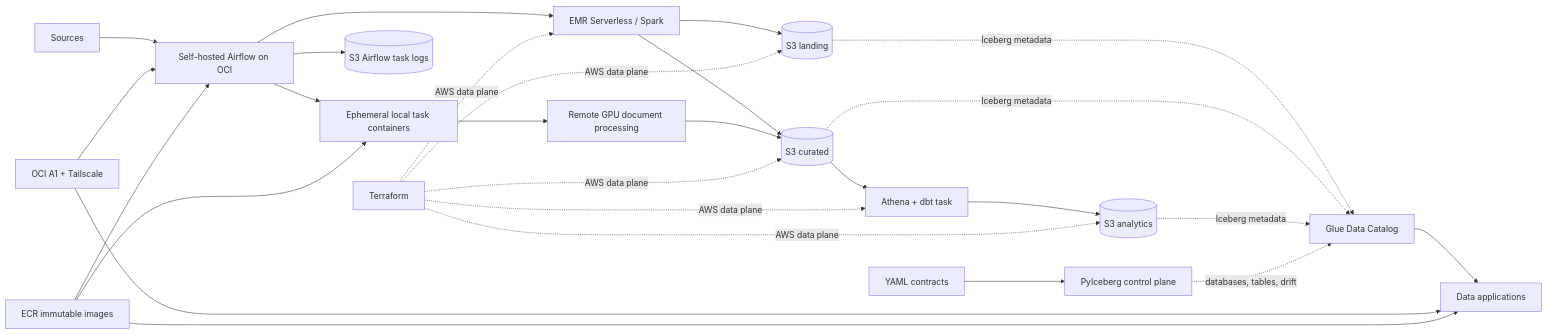
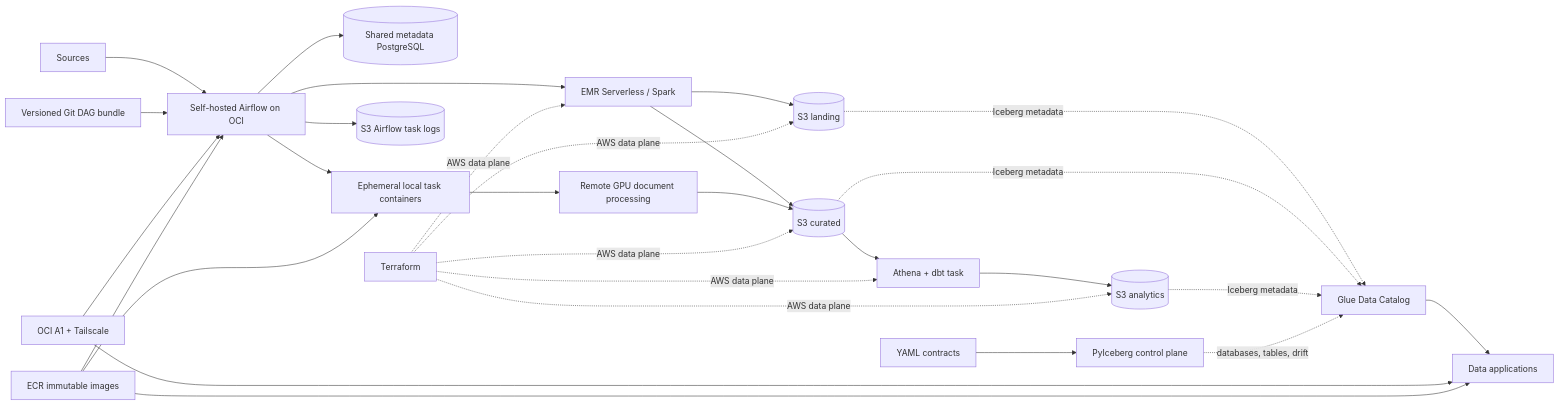
One commit to ToGiaBaoKDL/mini-lakehouse changed the diagram in README.md. Above: the diagram before and after it, drawn with Mermaid. The commit also changed other lines of this file and 55 other files, not shown here.

````diff
--- a/README.md
+++ b/README.md
@@ -7,22 +7,24 @@
 ```mermaid
 flowchart LR
     S[Sources] --> A[Self-hosted Airflow on OCI]
+    B[Versioned Git DAG bundle] --> A
+    A --> M[(Shared metadata PostgreSQL)]
     A --> E[EMR Serverless / Spark]
     A --> W[Ephemeral local task containers]
     A --> Z[(S3 Airflow task logs)]
     W --> R[Remote GPU document processing]
     E --> L[(S3 landing)]
     E --> C[(S3 curated)]
     R --> C
     L & C -. Iceberg metadata .-> G[Glue Data Catalog]
     C --> Q[Athena + dbt task]
     Q --> N[(S3 analytics)]
     N -. Iceberg metadata .-> G
     G --> D[Data applications]
 
     T[Terraform] -. AWS data plane .-> L & C & N & E & Q
     O[OCI A1 + Tailscale] --> A & D
     X[ECR immutable images] --> A & W & D
     Y[YAML contracts] --> P[PyIceberg control plane]
     P -. databases, tables, drift .-> G
 ```
````
